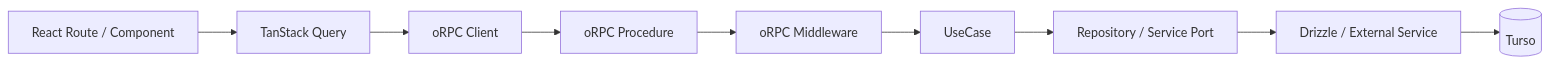
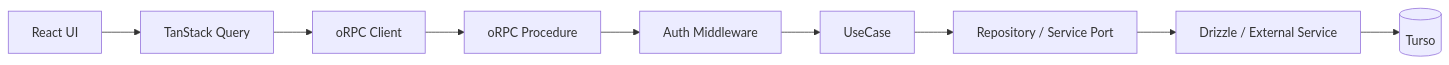
The first of 5 diagrams in docs/superpowers/specs/2026-08-22-application-architecture-evolution-design.md (koralle/pantry), drawn with Mermaid before and after one commit. The commit also changed other lines of this file, not shown here.

Commit message:
docs: simplify RPC error handling design

````diff
--- a/docs/superpowers/specs/2026-08-22-application-architecture-evolution-design.md
+++ b/docs/superpowers/specs/2026-08-22-application-architecture-evolution-design.md
@@ -66,21 +75,21 @@
 ```mermaid
 flowchart LR
-  UI[React Route / Component]
+  UI[React UI]
   TQ[TanStack Query]
   CLIENT[oRPC Client]
-  PROC[oRPC Procedure]
-  MW[oRPC Middleware]
+  RPC[oRPC Procedure]
+  AUTH[Auth Middleware]
   UC[UseCase]
   PORT[Repository / Service Port]
   INFRA[Drizzle / External Service]
   DB[(Turso)]
 
   UI --> TQ
   TQ --> CLIENT
-  CLIENT --> PROC
-  PROC --> MW
-  MW --> UC
+  CLIENT --> RPC
+  RPC --> AUTH
+  AUTH --> UC
   UC --> PORT
   PORT --> INFRA
   INFRA --> DB
 ```
````
